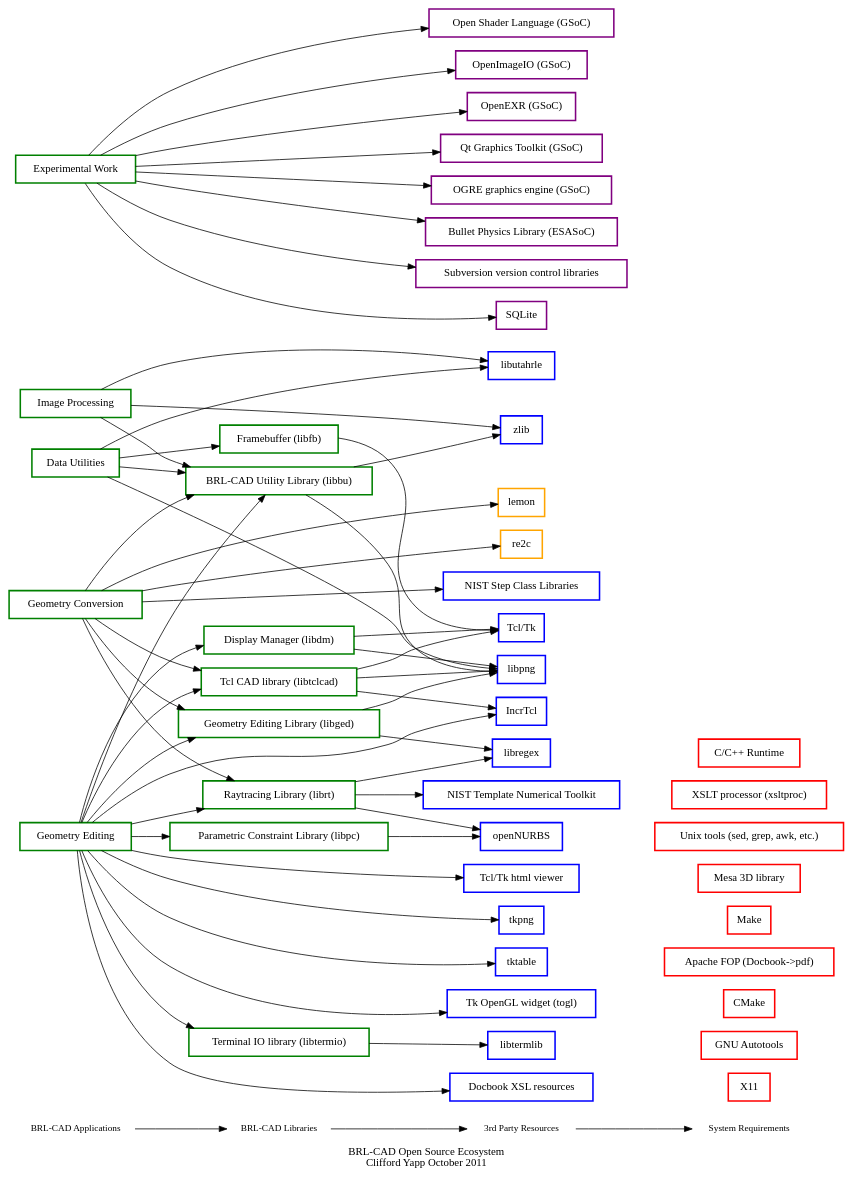
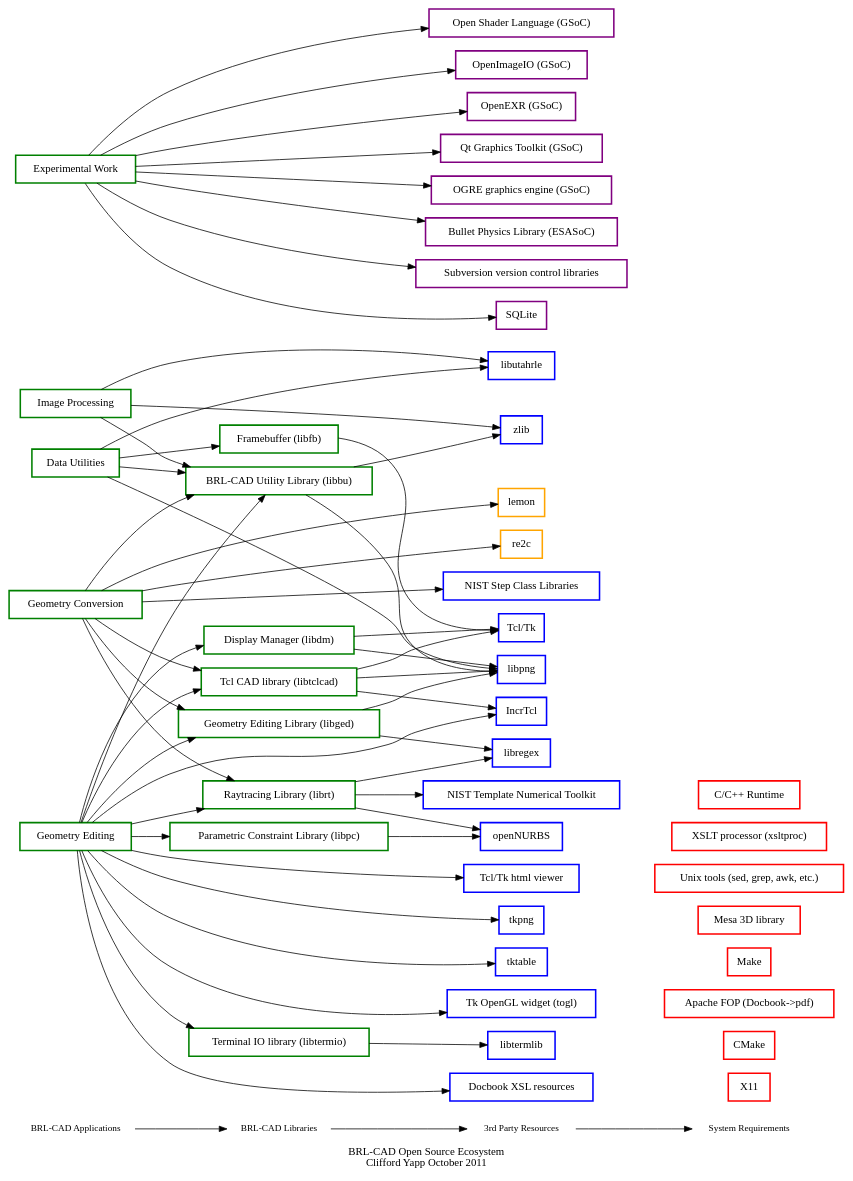
The diagram in doc/ecosystem.dot (maths22/brlcad), drawn with Graphviz before and after one commit.

Commit message:
No longer using autotools.

```diff
--- a/doc/ecosystem.dot
+++ b/doc/ecosystem.dot
@@ -1,195 +1,194 @@
 /*                   E C O S Y S T E M . D O T
  * BRL-CAD
  *
  * Copyright (c) 2011-2014 United States Government as represented by
  * the U.S. Army Research Laboratory.
  *
  * Redistribution and use in source (Graphviz format) and 'compiled'
  * forms (PDF, PostScript, HTML, RTF, etc.), with or without
  * modification, are permitted provided that the following conditions
  * are met:
  *
  * 1. Redistributions of source code (Docbook format) must retain the
  * above copyright notice, this list of conditions and the following
  * disclaimer.
  *
  * 2. Redistributions in compiled form (transformed to other DTDs,
  * converted to PDF, PostScript, HTML, RTF, and other formats) must
  * reproduce the above copyright notice, this list of conditions and
  * the following disclaimer in the documentation and/or other
  * materials provided with the distribution.
  *
  * 3. The name of the author may not be used to endorse or promote
  * products derived from this documentation without specific prior
  * written permission.
  *
  * THIS DOCUMENTATION IS PROVIDED BY THE AUTHOR AS IS'' AND ANY
  * EXPRESS OR IMPLIED WARRANTIES, INCLUDING, BUT NOT LIMITED TO, THE
  * IMPLIED WARRANTIES OF MERCHANTABILITY AND FITNESS FOR A PARTICULAR
  * PURPOSE ARE DISCLAIMED. IN NO EVENT SHALL THE AUTHOR BE LIABLE FOR
  * ANY DIRECT, INDIRECT, INCIDENTAL, SPECIAL, EXEMPLARY, OR
  * CONSEQUENTIAL DAMAGES (INCLUDING, BUT NOT LIMITED TO, PROCUREMENT
  * OF SUBSTITUTE GOODS OR SERVICES; LOSS OF USE, DATA, OR PROFITS; OR
  * BUSINESS INTERRUPTION) HOWEVER CAUSED AND ON ANY THEORY OF
  * LIABILITY, WHETHER IN CONTRACT, STRICT LIABILITY, OR TORT
  * (INCLUDING NEGLIGENCE OR OTHERWISE) ARISING IN ANY WAY OUT OF THE
  * USE OF THIS DOCUMENTATION, EVEN IF ADVISED OF THE POSSIBILITY OF
  * SUCH DAMAGE.
  */
 
 digraph BRLCADDeps{
 	//overlap=scale
 	rankdir=LR;
 	label="BRL-CAD Open Source Ecosystem\nClifford Yapp October 2011";
 
 	{
 	     node [shape=plaintext, fontsize=12];
 	     "BRL-CAD Applications" -> "BRL-CAD Libraries" -> "3rd Party Resources" -> "System Requirements";
 	};
 
 
 	// Libraries
 
 	tcltk [color = "blue", style = bold, shape = box, label = "Tcl/Tk"];
 	tkhtml [color = "blue", style = bold, shape = box, label = "Tcl/Tk html viewer"];
 	tkpng [color = "blue", style = bold, shape = box, label = "tkpng"];
 	tktable [color = "blue", style = bold, shape = box, label = "tktable"];
 	togl [color = "blue", style = bold, shape = box, label = "Tk OpenGL widget (togl)"];
 	incrTcl [color = "blue", style = bold, shape = box, label = "IncrTcl"];
 
 
 	libpng [color = "blue", style = bold, shape = box, label = "libpng"];
 	libregex [color = "blue", style = bold, shape = box, label = "libregex"];
 	libtermlib [color = "blue", style = bold, shape = box, label = "libtermlib"];
 	libutahrle [color = "blue", style = bold, shape = box, label = "libutahrle"];
 	opennurbs [color = "blue", style = bold, shape = box, label = "openNURBS"];
 	scl [color = "blue", style = bold, shape = box, label = "NIST Step Class Libraries"];
 	tnt [color = "blue", style = bold, shape = box, label = "NIST Template Numerical Toolkit"];
 	xsl [color = "blue", style = bold, shape = box, label = "Docbook XSL resources"];
 	zlib [color = "blue", style = bold, shape = box, label = "zlib"];
 
 	// Tools
 	//re2clemon [color = "orange", style = bold, shape = box, label = "re2c + lemon"];
 	re2c [color = "orange", style = bold, shape = box, label = "re2c"];
 	lemon [color = "orange", style = bold, shape = box, label = "lemon"];
 	//{ rank = same; "3rd Party Resources"; tcltk; tkhtml; tkpng; tktable; togl; incrTcl; libpng; libregex; libtermlib; libutahrle; opennurbs; scl; tnt; xsl; zlib; re2clemon; }
 	{ rank = same; "3rd Party Resources"; tcltk; tkhtml; tkpng; tktable; togl; incrTcl; libpng; libregex; libtermlib; libutahrle; opennurbs; scl; tnt; xsl; zlib; re2c; lemon; }
 	// GSoC
 	osl [color = "purple", style = bold, shape = box, label = "Open Shader Language (GSoC)"];
 	oiio [color = "purple", style = bold, shape = box, label = "OpenImageIO (GSoC)"];
 	openexr [color = "purple", style = bold, shape = box, label = "OpenEXR (GSoC)"];
 	qt [color = "purple", style = bold, shape = box, label = "Qt Graphics Toolkit (GSoC)"];
 	ogre3d [color = "purple", style = bold, shape = box, label = "OGRE graphics engine (GSoC)"];
 	bullet [color = "purple", style = bold, shape = box, label = "Bullet Physics Library (ESASoC)"];
 
 	{ rank = same; "3rd Party Resources"; bullet; osl; oiio; openexr; qt; ogre3d; }
 
 	// GeomCore only
 	subversion [color = "purple", style = bold, shape = box, label = "Subversion version control libraries"];
 	//apr [color = "purple", style = bold, shape = box, label = "Apache Portable Runtime"];
 	//uuid [color = "purple", style = bold, shape = box, label = "Universally Unique Identifiers (OSSP uuid)"];
 	sqlite [color = "purple", style = bold, shape = box, label = "SQLite"];
 
 	{ rank = same; "3rd Party Resources"; subversion; sqlite; }
 
 	// System (not bundled)
 	X11 [color = "red", style = bold, shape = box, label = "X11"];
-	autotools [color = "red", style = bold, shape = box, label = "GNU Autotools"];
 	cmake [color = "red", style = bold, shape = box, label = "CMake"];
 	fop [color = "red", style = bold, shape = box, label = "Apache FOP (Docbook->pdf)"];
 	make [color = "red", style = bold, shape = box, label = "Make"];
 	mesa [color = "red", style = bold, shape = box, label = "Mesa 3D library"];
 	unixtools [color = "red", style = bold, shape = box, label = "Unix tools (sed, grep, awk, etc.)"];
 	xsltproc [color = "red", style = bold, shape = box, label = "XSLT processor (xsltproc)"];
 	crun [color = "red", style = bold, shape = box, label = "C/C++ Runtime"];
 
-	{ rank = same; "System Requirements"; X11; autotools; cmake; crun; fop; make; mesa; unixtools; xsltproc; }
+	{ rank = same; "System Requirements"; X11; cmake; crun; fop; make; mesa; unixtools; xsltproc; }
 
 	// BRL-CAD components
 	libbu [color = "green", style = bold, shape = box, label = "BRL-CAD Utility Library (libbu)"];
 	libpc [color = "green", style = bold, shape = box, label = "Parametric Constraint Library (libpc)"];
 	librt [color = "green", style = bold, shape = box, label = "Raytracing Library (librt)"];
 	libdm [color = "green", style = bold, shape = box, label = "Display Manager (libdm)"];
 	libfb [color = "green", style = bold, shape = box, label = "Framebuffer (libfb)"];
 	libged [color = "green", style = bold, shape = box, label = "Geometry Editing Library (libged)"];
 	libtclcad [color = "green", style = bold, shape = box, label = "Tcl CAD library (libtclcad)"];
 	libtermio [color = "green", style = bold, shape = box, label = "Terminal IO library (libtermio)"];
 
 	{ rank = same; "BRL-CAD Libraries"; libbu; libpc; librt; libdm; libged; libtclcad; libtermio; }
 
 	// BRL-CAD Application Categories
 	geomedit [color = "green", style = bold, shape = box, label = "Geometry Editing"];
 	geomconv [color = "green", style = bold, shape = box, label = "Geometry Conversion"];
 	datautil [color = "green", style = bold, shape = box, label = "Data Utilities"];
 	imageproc [color = "green", style = bold, shape = box, label = "Image Processing"];
 	experimental [color = "green", style = bold, shape = box, label = "Experimental Work"];
 
 	{ rank = same; "BRL-CAD Applications"; geomedit; geomconv; datautil; imageproc; experimental; }
 
 
 	/* Relationships */
 
 	libbu -> libpng;
 	libbu -> zlib;
 
 	libpc -> opennurbs;
 
 	librt -> libregex;
 	librt -> tnt;
 	librt -> opennurbs;
 
 	libdm -> tcltk;
 	libdm -> libpng;
 
 	libfb -> tcltk;
 
 	libged -> libregex;
 	libged -> libpng;
 
 	libtclcad -> tcltk;
 	libtclcad -> incrTcl;
 	libtclcad -> libpng;
 
 	libtermio -> libtermlib;
 
 	experimental -> osl;
 	experimental -> oiio;
 	experimental -> openexr;
 	experimental -> qt;
 	experimental -> ogre3d;
 	experimental -> sqlite;
 	experimental -> subversion;
 	experimental -> bullet;
 
 	geomedit -> libbu;
 	geomedit -> libpc;
 	geomedit -> librt;
 	geomedit -> libdm;
 	geomedit -> libged;
 	geomedit -> libtclcad;
 	geomedit -> libtermio;
 	geomedit -> tkhtml;
 	geomedit -> tkpng;
 	geomedit -> tktable;
 	geomedit -> togl;
 	geomedit -> incrTcl;
 	geomedit -> xsl;
 	geomconv -> libbu;
 	geomconv -> librt;
 	geomconv -> libtclcad;
 	geomconv -> libged;
 	geomconv -> scl;
 	geomconv -> lemon;
 	geomconv -> re2c;
 
 	datautil -> libbu;
 	datautil -> libfb;
 	datautil -> libpng;
 	datautil -> libutahrle;
 
 	imageproc -> libbu;
 	imageproc -> libutahrle;
 	imageproc -> zlib;
 
 
 }
```
